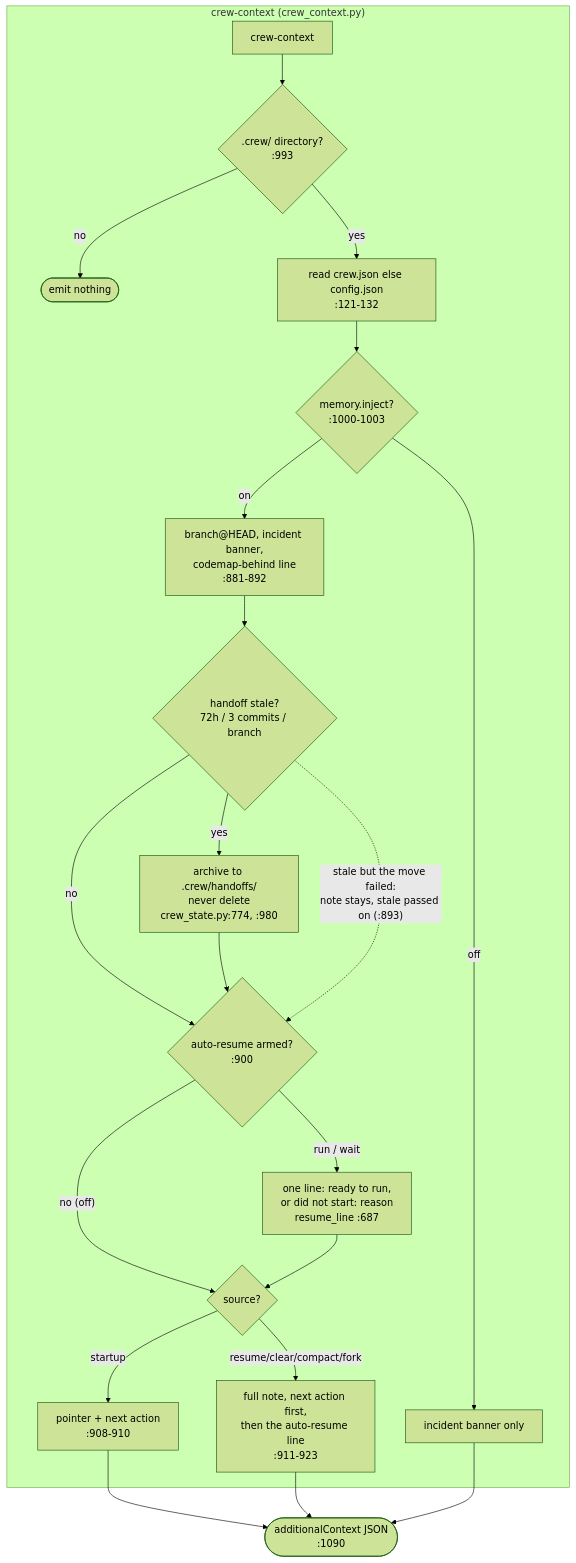
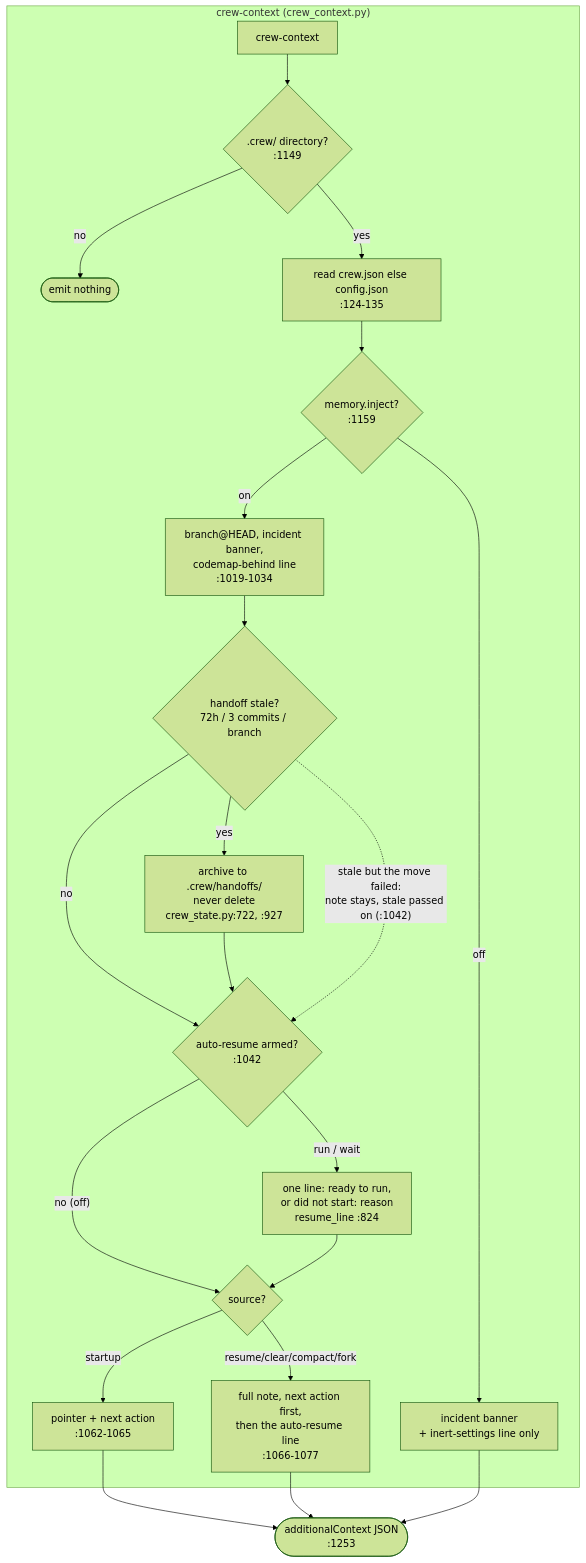
Diagram 22 of 38 in docs/diagrams/README.md (mbadali25/useful-claude-add-ons), drawn with Mermaid (forest theme) before and after one commit. The commit also changed other lines of this file and 14 other files, not shown here.

Commit message:
L-0867: refresh artifacts after the receipt (own diagrams and codemap anchors, rules)

````diff
--- a/docs/diagrams/README.md
+++ b/docs/diagrams/README.md
@@ -907,27 +907,27 @@
 ```mermaid
 flowchart TB
     CC[crew-context]
     subgraph crewContext["crew-context (crew_context.py)"]
-        CC --> cc1{".crew/ directory?<br/>:993"}
+        CC --> cc1{".crew/ directory?<br/>:1149"}
         cc1 -- no --> ccx([emit nothing])
-        cc1 -- yes --> cc2["read crew.json else config.json<br/>:121-132"]
-        cc2 --> cc3{"memory.inject?<br/>:1000-1003"}
-        cc3 -- off --> cc4[incident banner only]
-        cc3 -- on --> cc5["branch@HEAD, incident banner,<br/>codemap-behind line<br/>:881-892"]
+        cc1 -- yes --> cc2["read crew.json else config.json<br/>:124-135"]
+        cc2 --> cc3{"memory.inject?<br/>:1159"}
+        cc3 -- off --> cc4[incident banner<br/>+ inert-settings line only]
+        cc3 -- on --> cc5["branch@HEAD, incident banner,<br/>codemap-behind line<br/>:1019-1034"]
         cc5 --> stale{"handoff stale?<br/>72h / 3 commits / branch"}
-        stale -- yes --> arch["archive to .crew/handoffs/<br/>never delete<br/>crew_state.py:774, :980"]
+        stale -- yes --> arch["archive to .crew/handoffs/<br/>never delete<br/>crew_state.py:722, :927"]
         stale -- no --> cc6
         arch --> cc6
-        stale -. "stale but the move failed:<br/>note stays, stale passed on (:893)" .-> cc6
-        cc6{"auto-resume armed?<br/>:900"}
+        stale -. "stale but the move failed:<br/>note stays, stale passed on (:1042)" .-> cc6
+        cc6{"auto-resume armed?<br/>:1042"}
         cc6 -- "no (off)" --> src{"source?"}
-        cc6 -- "run / wait" --> rs1["one line: ready to run,<br/>or did not start: reason<br/>resume_line :687"]
+        cc6 -- "run / wait" --> rs1["one line: ready to run,<br/>or did not start: reason<br/>resume_line :824"]
         rs1 --> src
-        src -- startup --> ptr["pointer + next action<br/>:908-910"]
-        src -- "resume/clear/compact/fork" --> full["full note, next action first,<br/>then the auto-resume line<br/>:911-923"]
+        src -- startup --> ptr["pointer + next action<br/>:1062-1065"]
+        src -- "resume/clear/compact/fork" --> full["full note, next action first,<br/>then the auto-resume line<br/>:1066-1077"]
     end
 
-    ptr --> out(["additionalContext JSON<br/>:1090"])
+    ptr --> out(["additionalContext JSON<br/>:1253"])
     full --> out
     cc4 --> out
 ```
````
